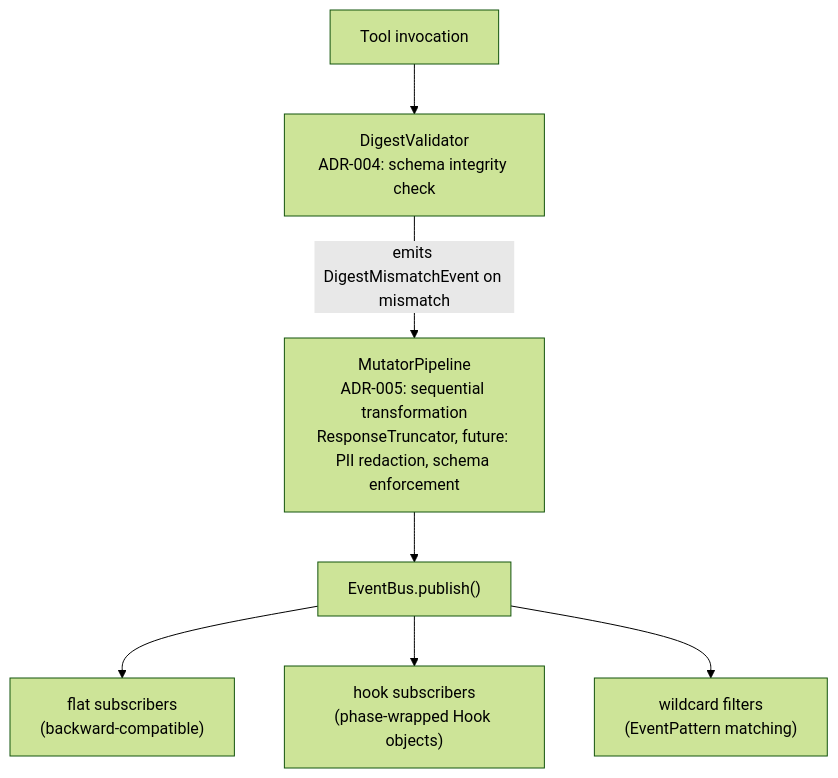
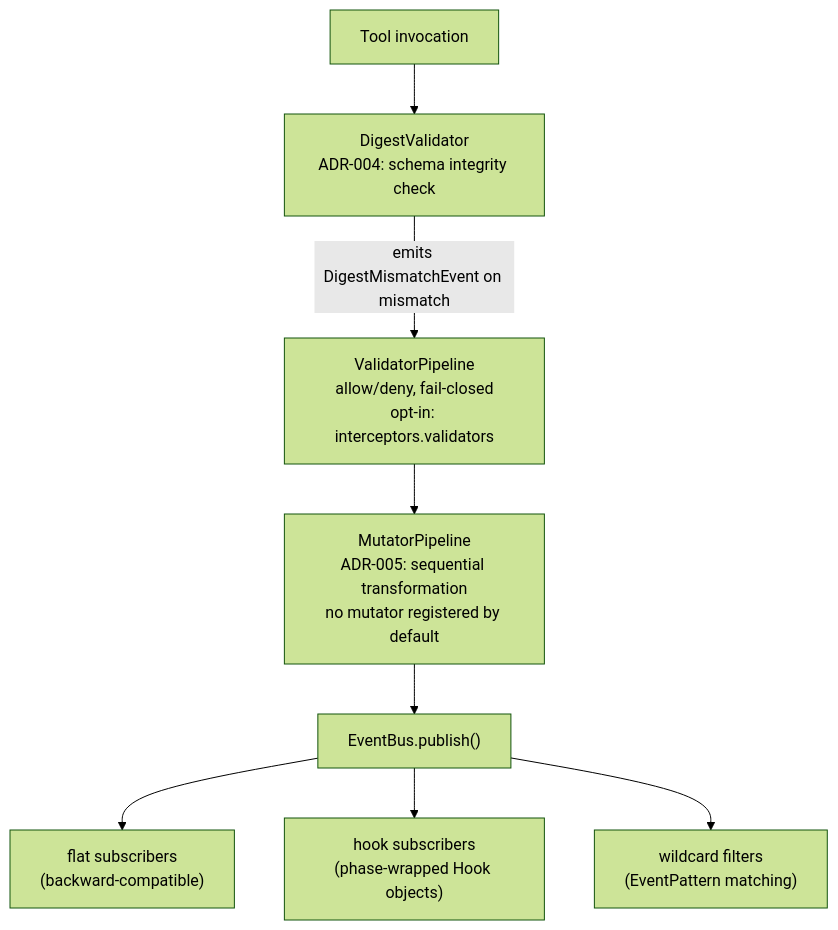
One commit to mcp-hangar/docs changed the diagram in architecture/INTERCEPTOR_FRAMEWORK.md. Above: the diagram before and after it, drawn with Mermaid (forest theme). The commit also changed other lines of this file and 2 other files, not shown here.

First line of the commit message:
docs(architecture): verify the architecture pages against 2.24.0 (#407)

````diff
--- a/architecture/INTERCEPTOR_FRAMEWORK.md
+++ b/architecture/INTERCEPTOR_FRAMEWORK.md
@@ -7,18 +7,20 @@
 ```mermaid
 flowchart TD
     invoke["Tool invocation"]
     digest["DigestValidator<br/>ADR-004: schema integrity check"]
-    mutate["MutatorPipeline<br/>ADR-005: sequential transformation<br/>ResponseTruncator, future: PII redaction, schema enforcement"]
+    validate["ValidatorPipeline<br/>allow/deny, fail-closed<br/>opt-in: interceptors.validators"]
+    mutate["MutatorPipeline<br/>ADR-005: sequential transformation<br/>no mutator registered by default"]
     bus["EventBus.publish()"]
 
     flat["flat subscribers<br/>(backward-compatible)"]
     hooks["hook subscribers<br/>(phase-wrapped Hook objects)"]
     wildcard["wildcard filters<br/>(EventPattern matching)"]
 
     invoke --> digest
-    digest -->|emits DigestMismatchEvent on mismatch| mutate
+    digest -->|emits DigestMismatchEvent on mismatch| validate
+    validate --> mutate
     mutate --> bus
     bus --> flat
     bus --> hooks
     bus --> wildcard
 ```
````
